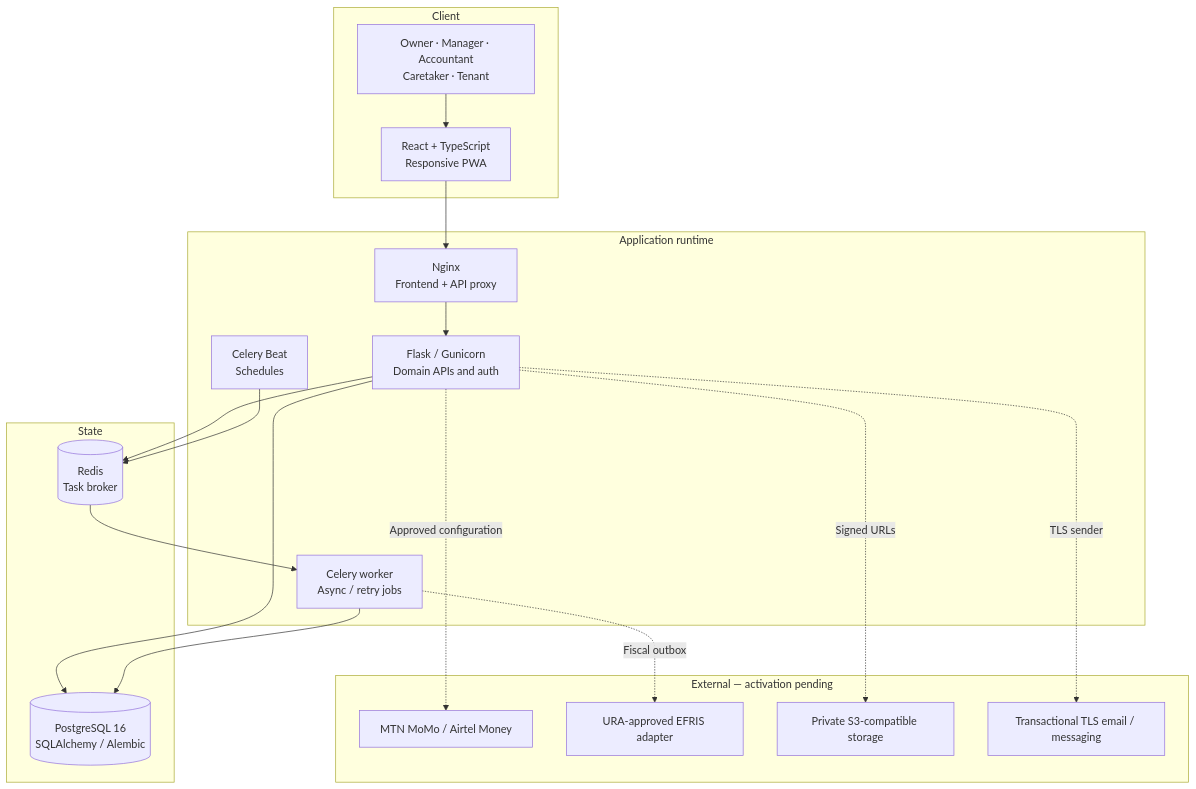
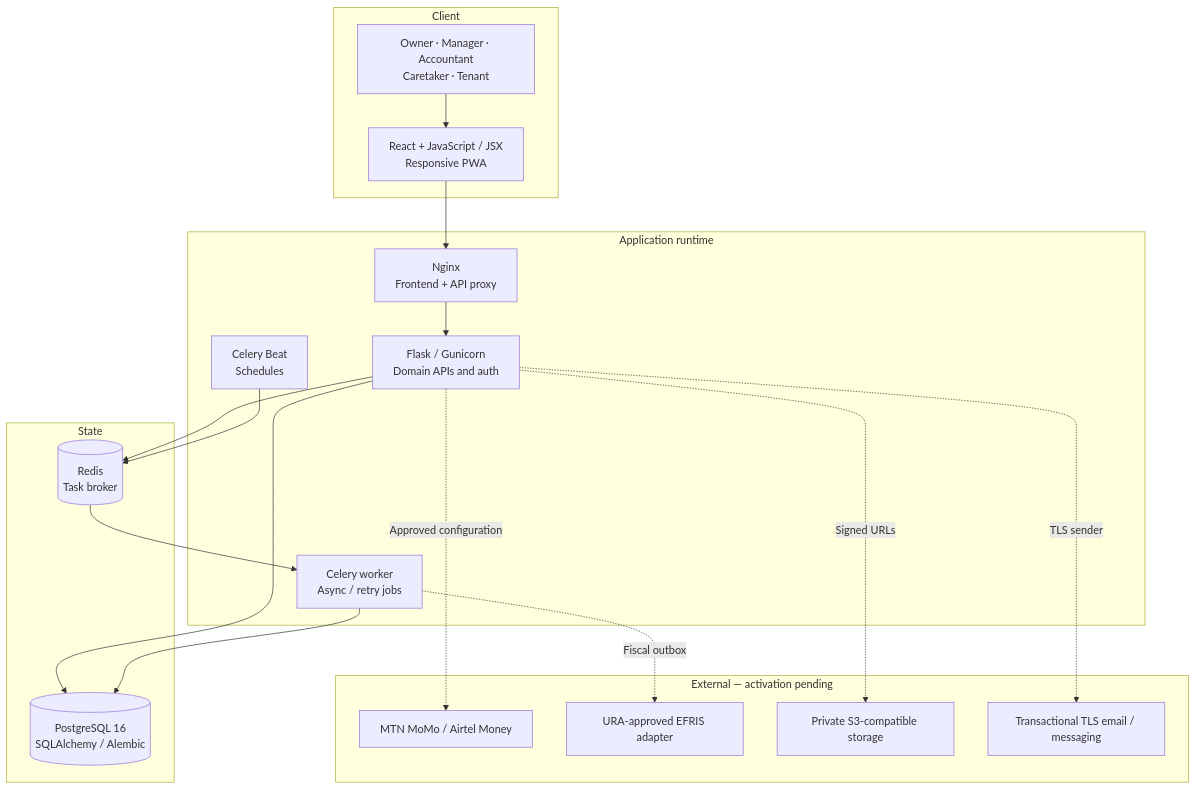
Before and after one commit to PerezChris99/Kats-Property-Management: the first of 7 diagrams in README.md, drawn with Mermaid. The commit also changed other lines of this file and 3 other files, not shown here.

First line of the commit message:
docs(frontend): align ownership, architecture, README and delivery status with JavaScript/JSX-only React implementation

```diff
--- a/README.md
+++ b/README.md
@@ -37,31 +37,31 @@
 ~~~mermaid
 flowchart TB
     subgraph Client["Client"]
-      UI["React + TypeScript<br/>Responsive PWA"]
+      UI["React + JavaScript / JSX<br/>Responsive PWA"]
       ROLES["Owner · Manager · Accountant<br/>Caretaker · Tenant"]
     end
     subgraph Application["Application runtime"]
       NGINX["Nginx<br/>Frontend + API proxy"]
       API["Flask / Gunicorn<br/>Domain APIs and auth"]
       BEAT["Celery Beat<br/>Schedules"]
       WORKER["Celery worker<br/>Async / retry jobs"]
     end
     subgraph Stores["State"]
       PG[("PostgreSQL 16<br/>SQLAlchemy / Alembic")]
       REDIS[("Redis<br/>Task broker")]
     end
     subgraph Providers["External — activation pending"]
       MONEY["MTN MoMo / Airtel Money"]
       EFRIS["URA-approved EFRIS adapter"]
       DOCS["Private S3-compatible storage"]
       MAIL["Transactional TLS email / messaging"]
     end
     ROLES --> UI --> NGINX --> API
     API --> PG
     API --> REDIS
     BEAT --> REDIS --> WORKER --> PG
     API -. "Approved configuration" .-> MONEY
     WORKER -. "Fiscal outbox" .-> EFRIS
     API -. "Signed URLs" .-> DOCS
     API -. "TLS sender" .-> MAIL
 ~~~
```
